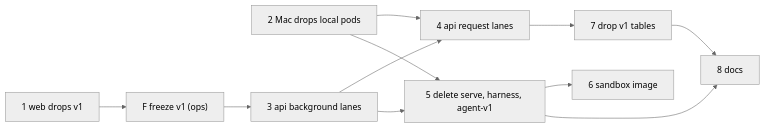
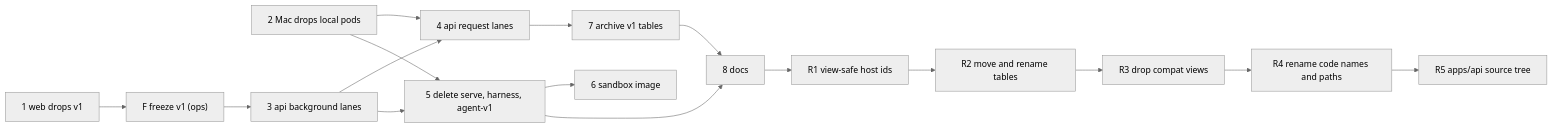
Before and after one commit to dennisofficial/atlas: the diagram in docs/v2/slices/v1-retirement.md, drawn with Mermaid (neutral theme). The commit also changed other lines of this file and 1 other file, not shown here.

Commit message:
docs(v2): archive v1 data and plan the v2 prefix removal in the retirement spec

````diff
--- a/docs/v2/slices/v1-retirement.md
+++ b/docs/v2/slices/v1-retirement.md
@@ -156,13 +161,18 @@
 ```mermaid
 flowchart LR
   S1["1 web drops v1"] --> F["F freeze v1 (ops)"]
   S2m["2 Mac drops local pods"] --> S4
   F --> S3["3 api background lanes"]
   S3 --> S4["4 api request lanes"]
   S3 --> S5["5 delete serve, harness, agent-v1"]
   S2m --> S5
   S5 --> S6["6 sandbox image"]
-  S4 --> S7["7 drop v1 tables"]
+  S4 --> S7["7 archive v1 tables"]
   S5 --> S8["8 docs"]
   S7 --> S8
+  S8 --> R1["R1 view-safe host ids"]
+  R1 --> R2["R2 move and rename tables"]
+  R2 --> R3["R3 drop compat views"]
+  R3 --> R4["R4 rename code names and paths"]
+  R4 --> R5["R5 apps/api source tree"]
 ```
````
